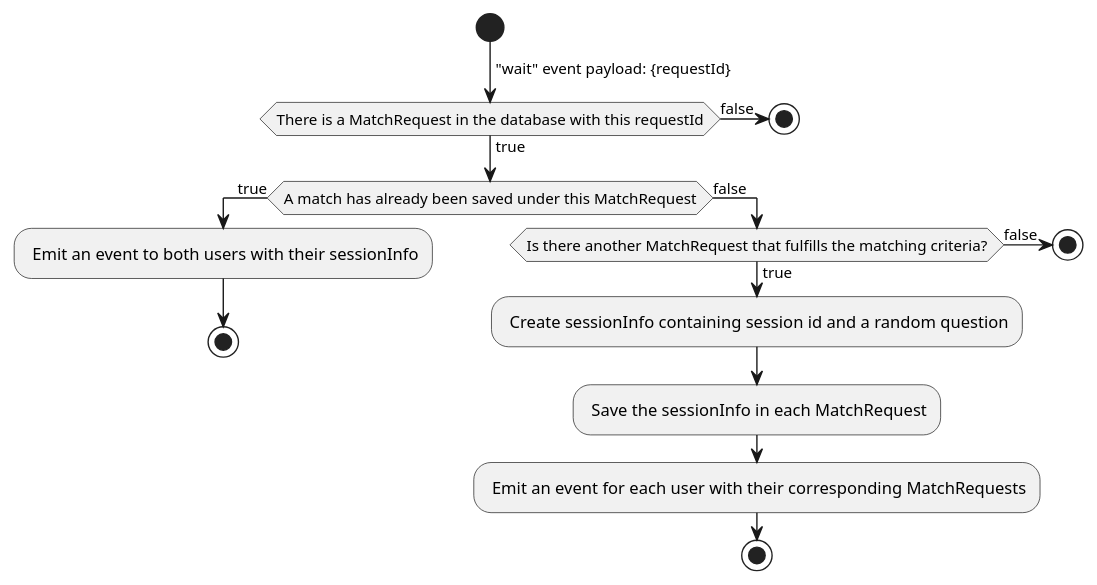
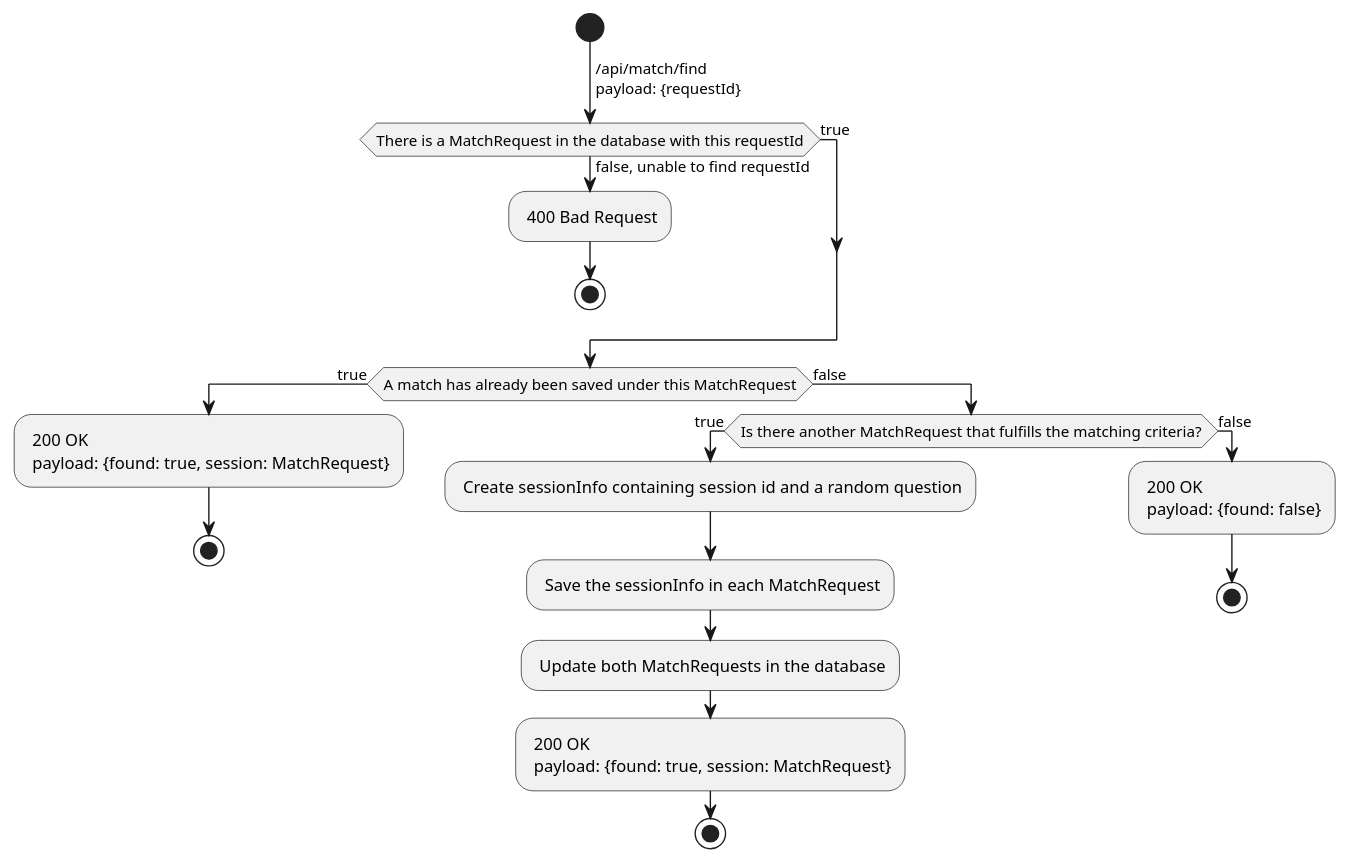
Before and after one commit to CS3219-SE-Principles-and-Patterns/cs3219-project-ay2122-2122-s1-g15: the diagram in services/matching/docs/activity_match_submit.puml, drawn with PlantUML. The commit also changed 3 other files, not shown here.

Commit message:
modify puml diagrams

```diff
--- a/services/matching/docs/activity_match_submit.puml
+++ b/services/matching/docs/activity_match_submit.puml
@@ -1,22 +1,25 @@
 @startuml
 start
--> "wait" event payload: {requestId};
+-> /api/match/find \npayload: {requestId};
 if (There is a MatchRequest in the database with this requestId) then(true)
 else
--> false;
+-> false, unable to find requestId;
+: 400 Bad Request;
 stop
 endif
 if (A match has already been saved under this MatchRequest) then(true)
-: Emit an event to both users with their sessionInfo;
+: 200 OK\n payload: {found: true, session: MatchRequest};
 stop
 else
 -> false;
 if (Is there another MatchRequest that fulfills the matching criteria?) then (true)
 : Create sessionInfo containing session id and a random question;
 : Save the sessionInfo in each MatchRequest;
-: Emit an event for each user with their corresponding MatchRequests;
+: Update both MatchRequests in the database;
+: 200 OK\n payload: {found: true, session: MatchRequest};
 stop
 else
 -> false;
+: 200 OK\n payload: {found: false};
 stop
 @enduml
```
